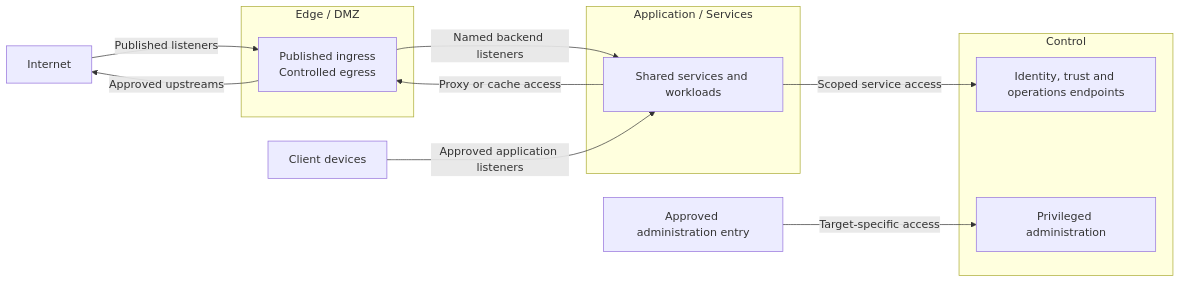
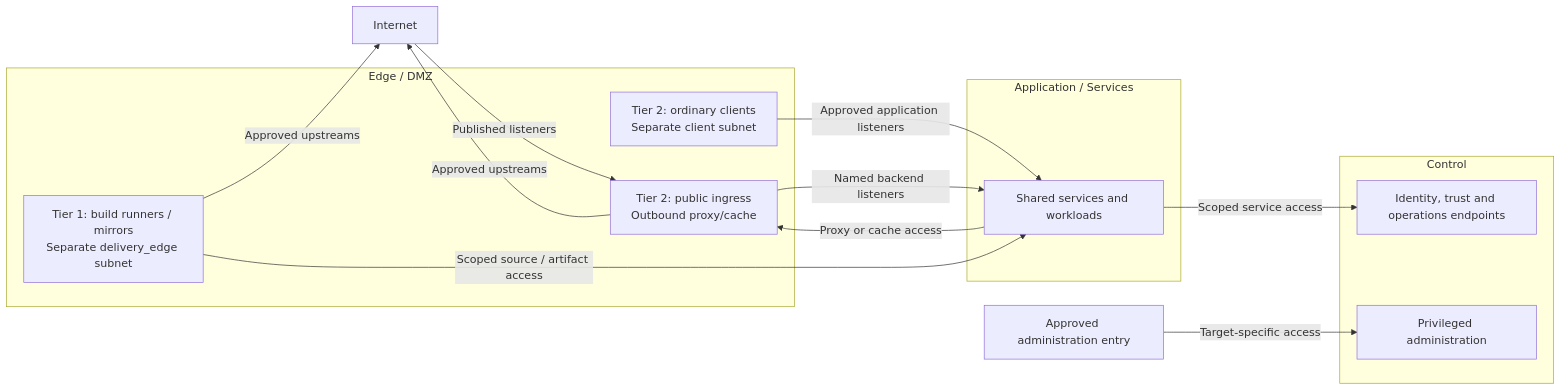
One commit to Rexus/homelab changed the diagram in docs/architecture/networking/README.md. Above: the diagram before and after it, drawn with Mermaid. The commit also changed other lines of this file and 104 other files, not shown here.

````diff
--- a/docs/architecture/networking/README.md
+++ b/docs/architecture/networking/README.md
@@ -32,23 +33,26 @@
 ```mermaid
 flowchart LR
   Internet["Internet"]
-  Clients["Client devices"]
   AdminEntry["Approved administration entry"]
   subgraph Edge["Edge / DMZ"]
-    Gateways["Published ingress<br/>Controlled egress"]
+    Clients["Tier 2: ordinary clients<br/>Separate client subnet"]
+    Gateways["Tier 2: public ingress<br/>Outbound proxy/cache"]
+    Supply["Tier 1: build runners / mirrors<br/>Separate delivery_edge subnet"]
   end
   subgraph Application["Application / Services"]
     Services["Shared services and workloads"]
   end
   subgraph Control["Control"]
     Endpoints["Identity, trust and operations endpoints"]
     Administration["Privileged administration"]
   end
   Internet -->|Published listeners| Gateways
   Gateways -->|Named backend listeners| Services
   Clients -->|Approved application listeners| Services
   Services -->|Scoped service access| Endpoints
   Services -->|Proxy or cache access| Gateways
   Gateways -->|Approved upstreams| Internet
+  Supply -->|Approved upstreams| Internet
+  Supply -->|Scoped source / artifact access| Services
   AdminEntry -->|Target-specific access| Administration
 ```
````
